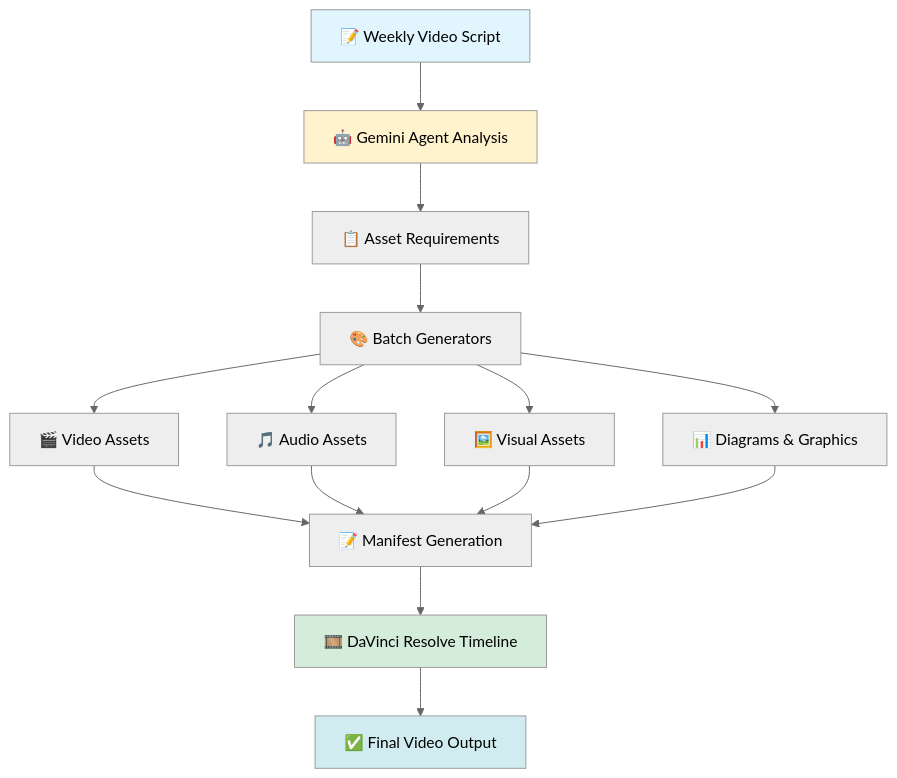
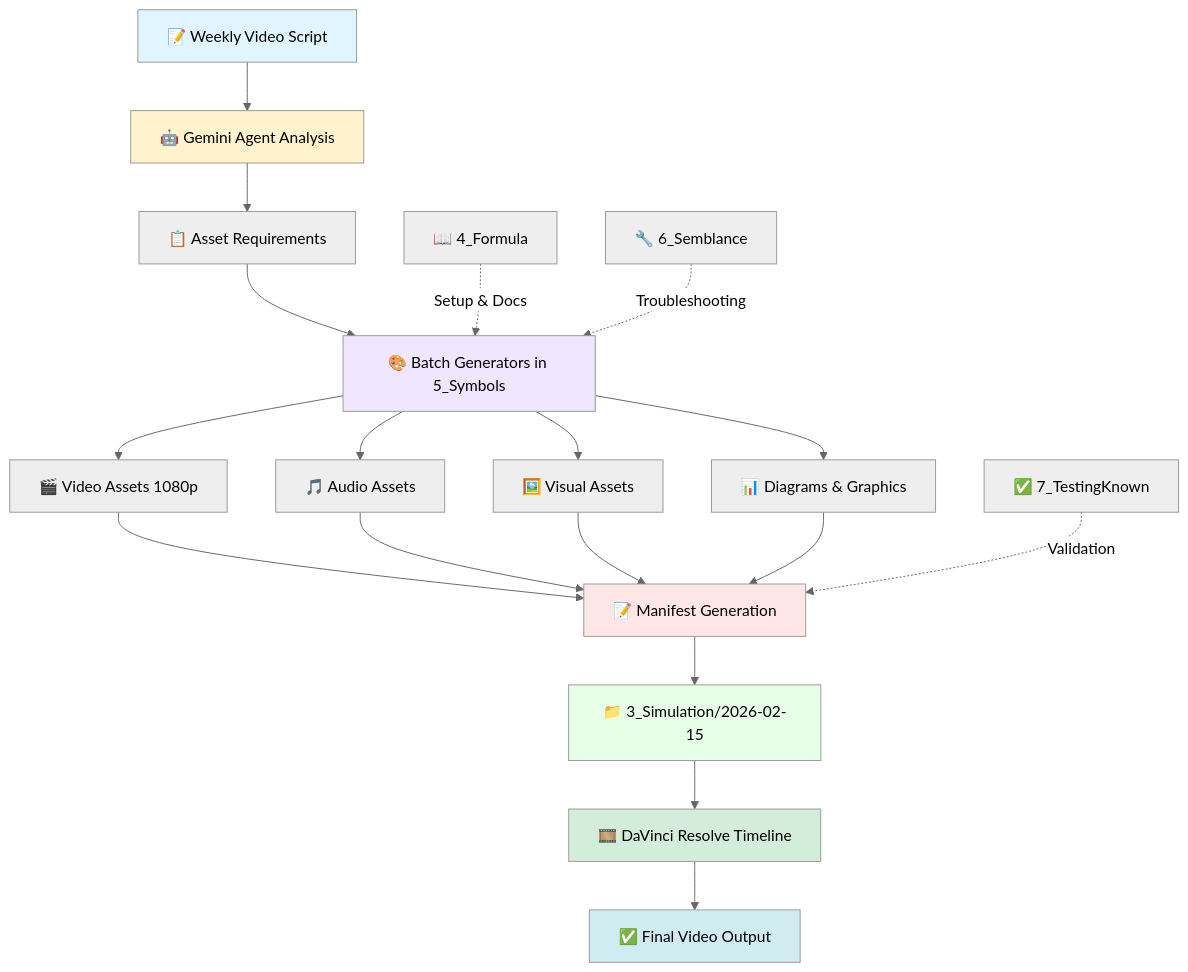
The first of 4 diagrams in README.md (rifaterdemsahin/fal.ai), drawn with Mermaid (neutral theme) before and after one commit. The commit also changed other lines of this file and 14 other files, not shown here.

````diff
--- a/README.md
+++ b/README.md
@@ -13,21 +13,29 @@
 ```mermaid
 graph TB
     A[📝 Weekly Video Script] --> B[🤖 Gemini Agent Analysis]
     B --> C[📋 Asset Requirements]
-    C --> D[🎨 Batch Generators]
-    D --> E1[🎬 Video Assets]
+    C --> D[🎨 Batch Generators in 5_Symbols]
+    D --> E1[🎬 Video Assets 1080p]
     D --> E2[🎵 Audio Assets]
     D --> E3[🖼️ Visual Assets]
     D --> E4[📊 Diagrams & Graphics]
     E1 --> F[📝 Manifest Generation]
     E2 --> F
     E3 --> F
     E4 --> F
-    F --> G[🎞️ DaVinci Resolve Timeline]
-    G --> H[✅ Final Video Output]
+    F --> G[📁 3_Simulation/2026-02-15]
+    G --> H[🎞️ DaVinci Resolve Timeline]
+    H --> I[✅ Final Video Output]
+    
+    J[📖 4_Formula] -.Setup & Docs.-> D
+    K[🔧 6_Semblance] -.Troubleshooting.-> D
+    L[✅ 7_TestingKnown] -.Validation.-> F
     
     style A fill:#e1f5ff
     style B fill:#fff3cd
-    style G fill:#d4edda
-    style H fill:#d1ecf1
+    style D fill:#f0e6ff
+    style F fill:#ffe6e6
+    style G fill:#e6ffe6
+    style H fill:#d4edda
+    style I fill:#d1ecf1
 ```
````
